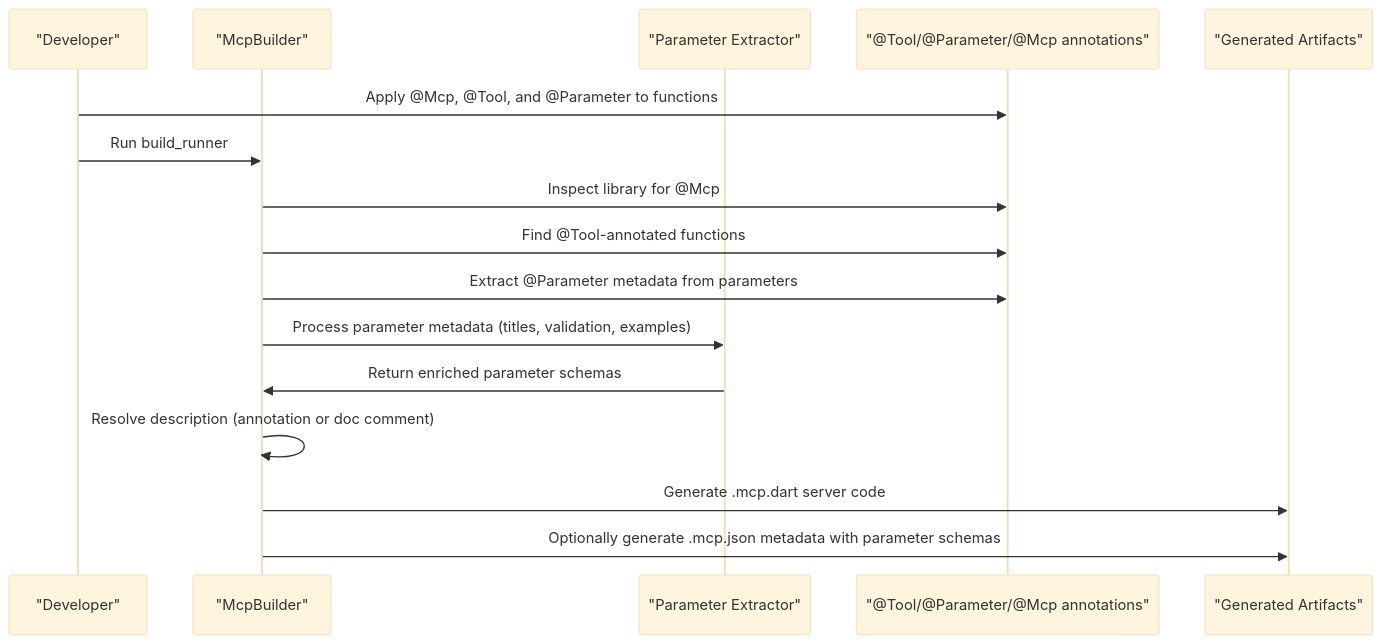
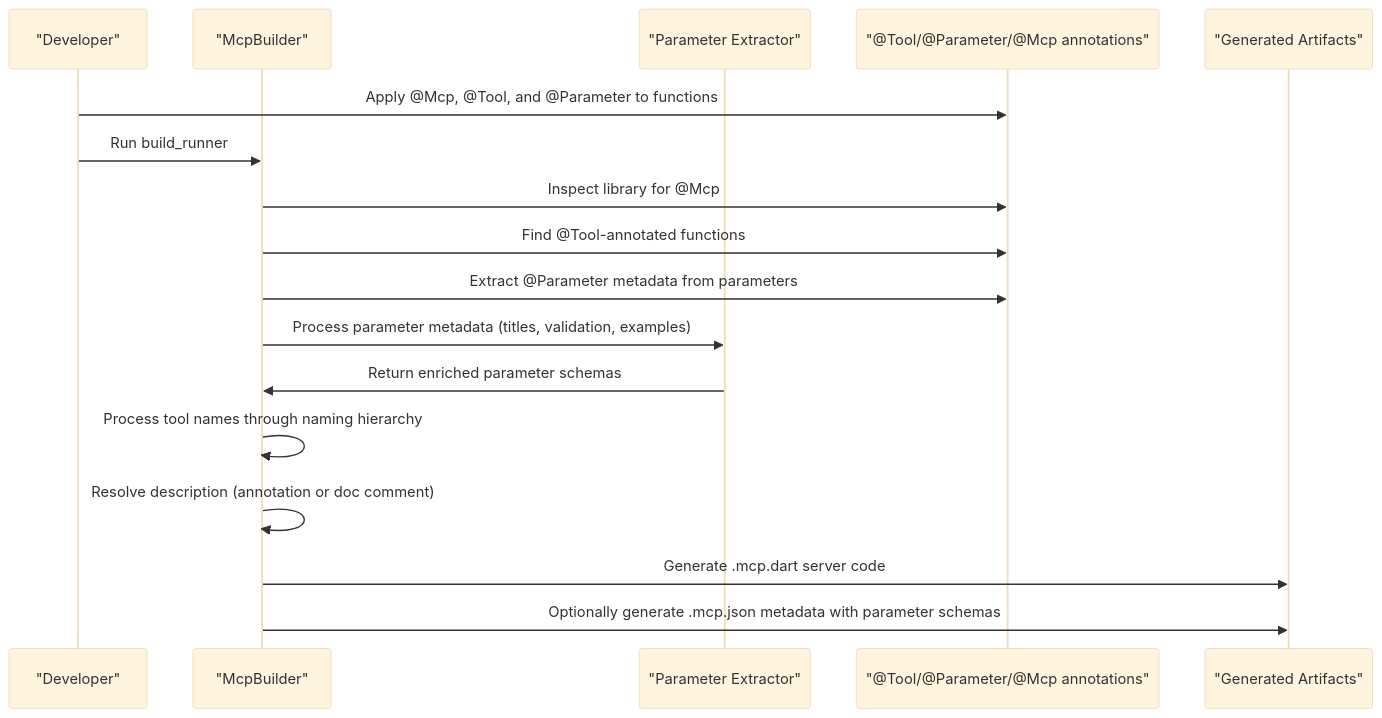
One commit to cdavis-code/easy_mcp_workspace changed the second of 8 diagrams in .qoder/repowiki/en/content/Annotations Reference/@Tool Annotation.md. Above: the diagram before and after it, drawn with Mermaid (base theme). The commit also changed other lines of this file and 8 other files, not shown here.

````diff
--- a/.qoder/repowiki/en/content/Annotations Reference/@Tool Annotation.md
+++ b/.qoder/repowiki/en/content/Annotations Reference/@Tool Annotation.md
@@ -100,18 +103,19 @@
 ```mermaid
 sequenceDiagram
 participant Dev as "Developer"
 participant Gen as "McpBuilder"
 participant Param as "Parameter Extractor"
 participant Ann as "@Tool/@Parameter/@Mcp annotations"
 participant Out as "Generated Artifacts"
 Dev->>Ann : Apply @Mcp, @Tool, and @Parameter to functions
 Dev->>Gen : Run build_runner
 Gen->>Ann : Inspect library for @Mcp
 Gen->>Ann : Find @Tool-annotated functions
 Gen->>Ann : Extract @Parameter metadata from parameters
 Gen->>Param : Process parameter metadata (titles, validation, examples)
 Param->>Gen : Return enriched parameter schemas
+Gen->>Gen : Process tool names through naming hierarchy
 Gen->>Gen : Resolve description (annotation or doc comment)
 Gen->>Out : Generate .mcp.dart server code
 Gen->>Out : Optionally generate .mcp.json metadata with parameter schemas
 ```
````
